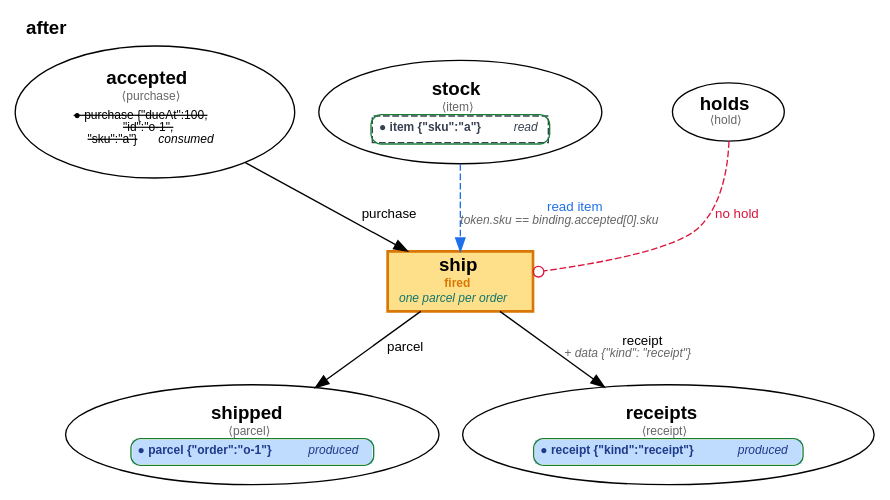
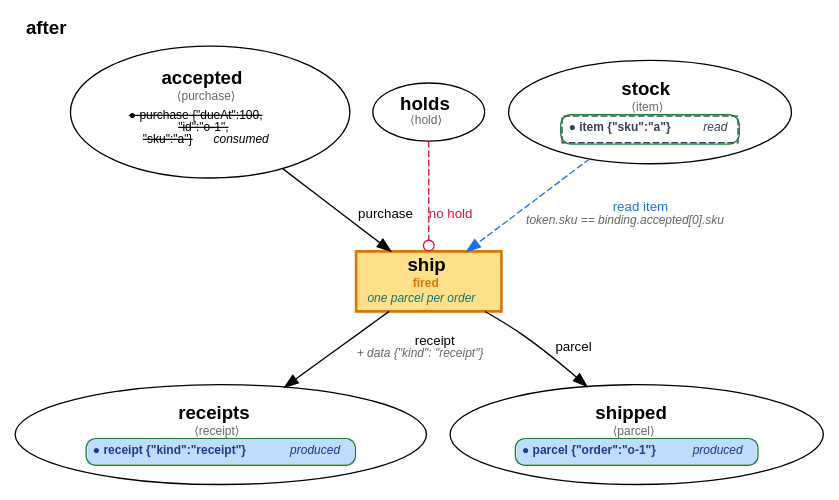
Before and after one commit to matthewryanscott/velocitron: the fifth of 5 diagrams in implementations/python/tests/fixtures/play/shop.walkthrough.md, drawn with Graphviz. The commit also changed other lines of this file and 18 other files, not shown here.

````diff
--- a/implementations/python/tests/fixtures/play/shop.walkthrough.md
+++ b/implementations/python/tests/fixtures/play/shop.walkthrough.md
@@ -105,22 +105,22 @@
 ```dot
 digraph net {
     rankdir=TB;
     label=<<b>after</b>>; labelloc=t; labeljust=l; fontname="Helvetica";
     node [fontname="Helvetica"];
     edge [fontname="Helvetica", fontsize=10];
 
     "accepted" [shape=ellipse, label=<<table border="0" cellborder="0" cellspacing="0" cellpadding="0"><tr><td align="center"><b>accepted</b></td></tr><tr><td align="center"><font point-size="9" color="#666666">&#10216;purchase&#10217;</font></td></tr><tr><td align="center"><table border="1" cellborder="0" cellspacing="0" cellpadding="4" style="rounded" color="#00000000"><tr><td align="left"><font point-size="9" color="#00000000"><s>● purchase {"dueAt":100,<br/>"id":"o-1",<br/>"sku":"a"}</s> <i>consumed</i></font></td></tr></table></td></tr></table>>];
+    "holds" [shape=ellipse, label=<<b>holds</b><br/><font point-size="9" color="#666666">&#10216;hold&#10217;</font>>];
+    "stock" [shape=ellipse, label=<<table border="0" cellborder="0" cellspacing="0" cellpadding="0"><tr><td align="center"><b>stock</b></td></tr><tr><td align="center"><font point-size="9" color="#666666">&#10216;item&#10217;</font></td></tr><tr><td align="center"><table border="1" cellborder="0" cellspacing="0" cellpadding="4" style="rounded" color="#1a7f37"><tr><td align="left" border="1" style="dashed" color="#374151"><font point-size="9" color="#374151"><b>● item {"sku":"a"}</b> <i>read</i></font></td></tr></table></td></tr></table>>, tooltip="item {\"sku\":\"a\"}"];
+    "receipts" [shape=ellipse, label=<<table border="0" cellborder="0" cellspacing="0" cellpadding="0"><tr><td align="center"><b>receipts</b></td></tr><tr><td align="center"><font point-size="9" color="#666666">&#10216;receipt&#10217;</font></td></tr><tr><td align="center"><table border="1" cellborder="0" cellspacing="0" cellpadding="4" style="rounded" color="#1a7f37"><tr><td align="left" bgcolor="#BFDBFE"><font point-size="9" color="#1E3A8A"><b>● receipt {"kind":"receipt"}</b> <i>produced</i></font></td></tr></table></td></tr></table>>, tooltip="receipt {\"kind\":\"receipt\"}"];
     "shipped" [shape=ellipse, label=<<table border="0" cellborder="0" cellspacing="0" cellpadding="0"><tr><td align="center"><b>shipped</b></td></tr><tr><td align="center"><font point-size="9" color="#666666">&#10216;parcel&#10217;</font></td></tr><tr><td align="center"><table border="1" cellborder="0" cellspacing="0" cellpadding="4" style="rounded" color="#1a7f37"><tr><td align="left" bgcolor="#BFDBFE"><font point-size="9" color="#1E3A8A"><b>● parcel {"order":"o-1"}</b> <i>produced</i></font></td></tr></table></td></tr></table>>, tooltip="parcel {\"order\":\"o-1\"}"];
-    "stock" [shape=ellipse, label=<<table border="0" cellborder="0" cellspacing="0" cellpadding="0"><tr><td align="center"><b>stock</b></td></tr><tr><td align="center"><font point-size="9" color="#666666">&#10216;item&#10217;</font></td></tr><tr><td align="center"><table border="1" cellborder="0" cellspacing="0" cellpadding="4" style="rounded" color="#1a7f37"><tr><td align="left" border="1" style="dashed" color="#374151"><font point-size="9" color="#374151"><b>● item {"sku":"a"}</b> <i>read</i></font></td></tr></table></td></tr></table>>, tooltip="item {\"sku\":\"a\"}"];
-    "holds" [shape=ellipse, label=<<b>holds</b><br/><font point-size="9" color="#666666">&#10216;hold&#10217;</font>>];
-    "receipts" [shape=ellipse, label=<<table border="0" cellborder="0" cellspacing="0" cellpadding="0"><tr><td align="center"><b>receipts</b></td></tr><tr><td align="center"><font point-size="9" color="#666666">&#10216;receipt&#10217;</font></td></tr><tr><td align="center"><table border="1" cellborder="0" cellspacing="0" cellpadding="4" style="rounded" color="#1a7f37"><tr><td align="left" bgcolor="#BFDBFE"><font point-size="9" color="#1E3A8A"><b>● receipt {"kind":"receipt"}</b> <i>produced</i></font></td></tr></table></td></tr></table>>, tooltip="receipt {\"kind\":\"receipt\"}"];
 
     "ship" [shape=box, style=filled, fillcolor=lightyellow, label=<<table border="0" cellborder="0" cellspacing="0" cellpadding="0"><tr><td align="center"><b>ship</b></td></tr><tr><td align="center"><table border="0" cellborder="0" cellspacing="0" cellpadding="0"><tr><td fixedsize="true" width="34" height="12"><font point-size="9" color="#D97706"><b>fired</b></font></td></tr></table></td></tr><tr><td align="center"><font point-size="9" color="#0F766E"><i>one parcel per order</i></font></td></tr></table>>, fillcolor="#FFE08A", color="#D97706", penwidth=2];
 
     "accepted" -> "ship" [label=<<font point-size="10">purchase</font>>];
+    "holds" -> "ship" [label=<<font point-size="10"><font color="crimson">no hold</font></font>>, arrowhead=odot, color="crimson", style=dashed];
+    "stock" -> "ship" [label=<<font point-size="10"><font color="#1f6feb">read item</font></font><br/><font point-size="9" color="#666666"><i>token.sku == binding.accepted[0].sku</i></font>>, color="#1f6feb", style=dashed];
+    "ship" -> "receipts" [label=<<font point-size="10">receipt</font><br/><font point-size="9" color="#666666"><i>+ data {"kind": "receipt"}</i></font>>];
     "ship" -> "shipped" [label=<<font point-size="10">parcel</font>>];
-    "stock" -> "ship" [label=<<font point-size="10"><font color="#1f6feb">read item</font></font><br/><font point-size="9" color="#666666"><i>token.sku == binding.accepted[0].sku</i></font>>, color="#1f6feb", style=dashed];
-    "holds" -> "ship" [label=<<font point-size="10"><font color="crimson">no hold</font></font>>, arrowhead=odot, color="crimson", style=dashed];
-    "ship" -> "receipts" [label=<<font point-size="10">receipt</font><br/><font point-size="9" color="#666666"><i>+ data {"kind": "receipt"}</i></font>>];
 }
 ```
````
